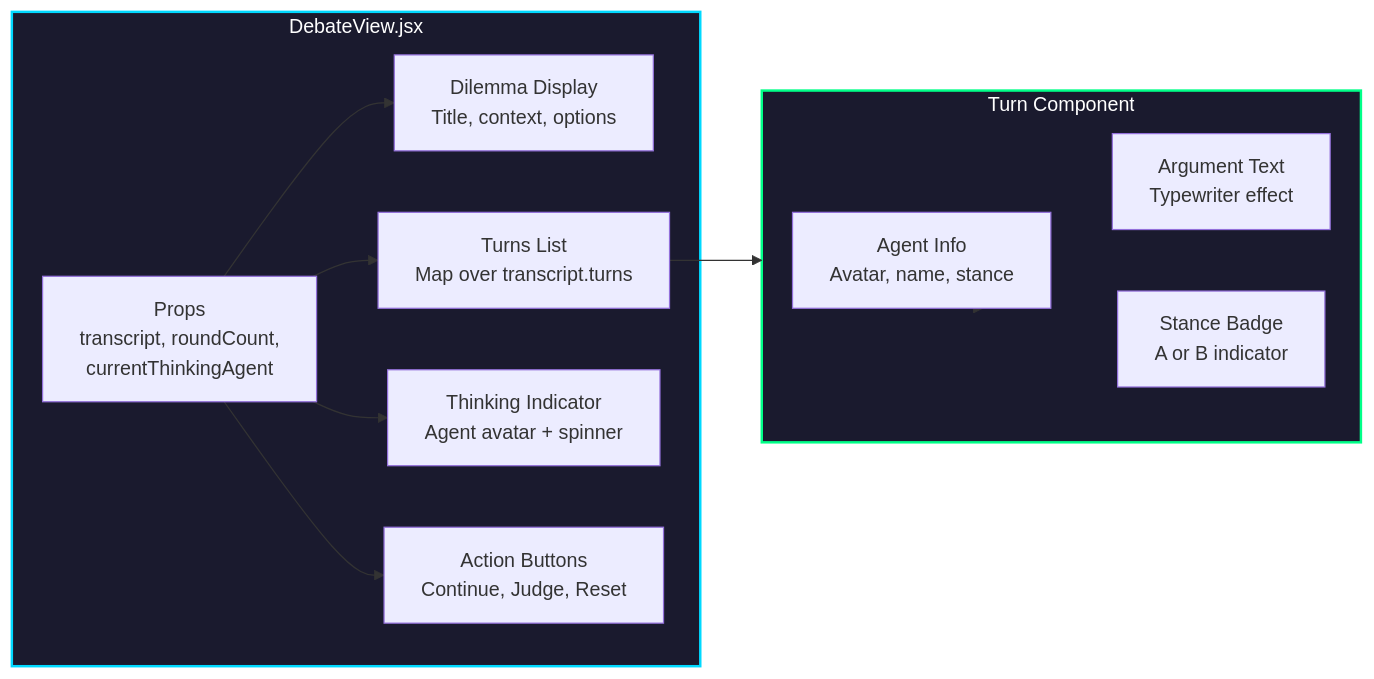
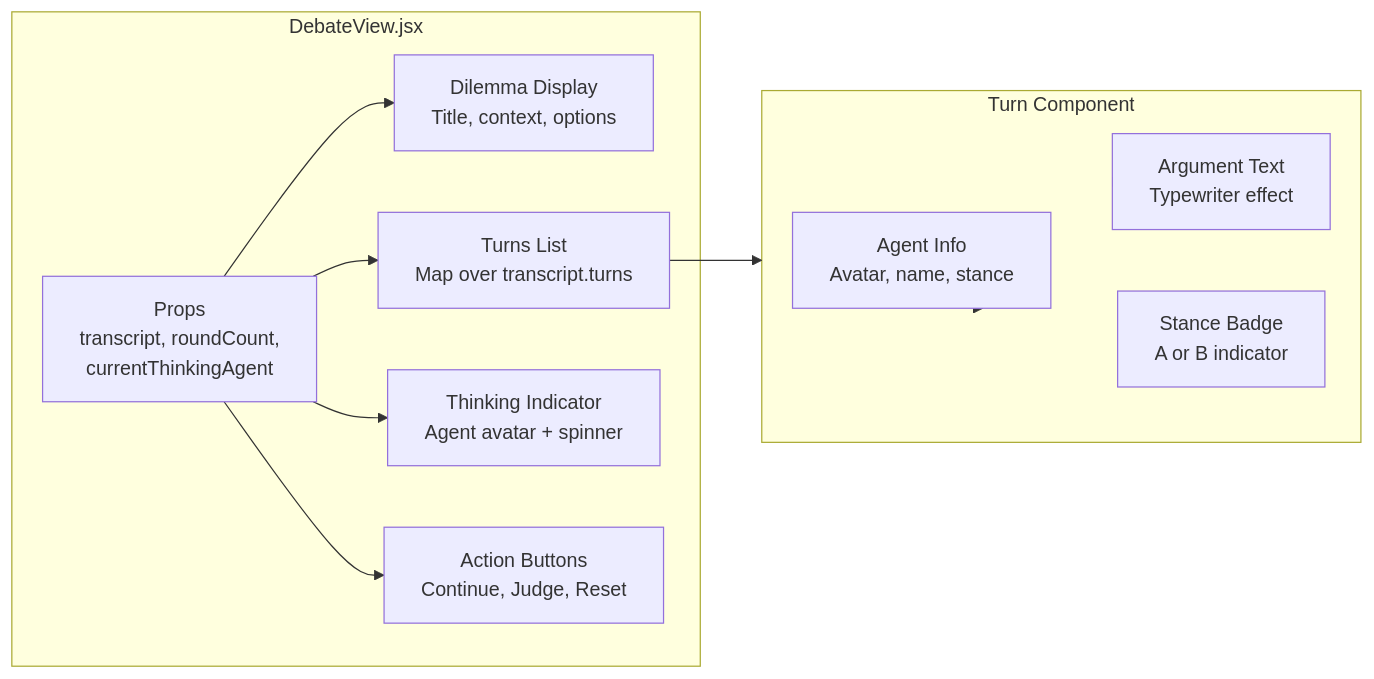
One commit to khattam/MirrorMind-AI changed the fifth of 11 diagrams in docs/feature-architecture-diagrams.md. Above: the diagram before and after it, drawn with Mermaid. The commit also changed other lines of this file, not shown here.

Commit message:
Remove ALL dark background styling from Mermaid diagrams - clean light backgrounds

````diff
--- a/docs/feature-architecture-diagrams.md
+++ b/docs/feature-architecture-diagrams.md
@@ -221,29 +215,26 @@
 ```mermaid
 graph LR
     subgraph DebateView["DebateView.jsx"]
         Props[Props<br/>transcript, roundCount,<br/>currentThinkingAgent]
         DilemmaDisplay[Dilemma Display<br/>Title, context, options]
         TurnsList[Turns List<br/>Map over transcript.turns]
         ThinkingIndicator[Thinking Indicator<br/>Agent avatar + spinner]
         ActionButtons[Action Buttons<br/>Continue, Judge, Reset]
     end
     
     subgraph TurnComponent["Turn Component"]
         AgentInfo[Agent Info<br/>Avatar, name, stance]
         ArgumentText[Argument Text<br/>Typewriter effect]
         StanceBadge[Stance Badge<br/>A or B indicator]
     end
     
     Props --> DilemmaDisplay
     Props --> TurnsList
     Props --> ThinkingIndicator
     Props --> ActionButtons
     
     TurnsList --> TurnComponent
     TurnComponent --> AgentInfo
     TurnComponent --> ArgumentText
     TurnComponent --> StanceBadge
-    
-    style DebateView fill:#1a1a2e,stroke:#00d9ff,stroke-width:2px,color:#fff
-    style TurnComponent fill:#1a1a2e,stroke:#00ff88,stroke-width:2px,color:#fff
 ```
````
